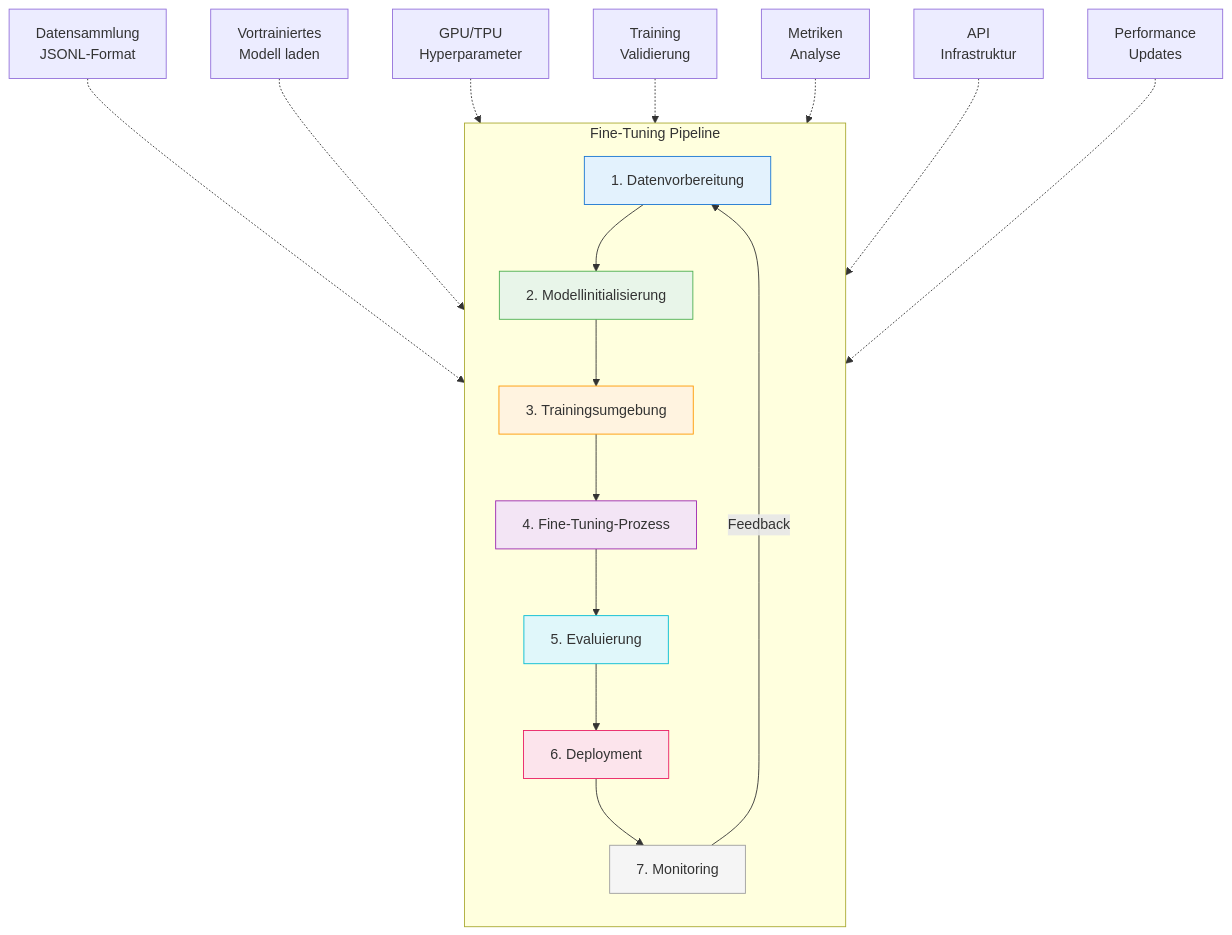
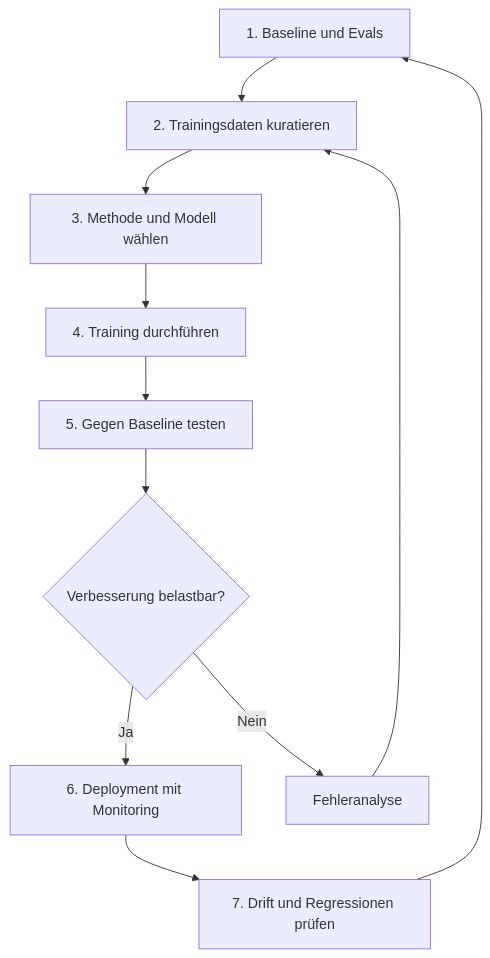
Before and after one commit to ralf-42/GenAI: the diagram in docs/concepts/entscheidungen-qualitaet/m18-fine-tuning.md, drawn with Mermaid. The commit also changed other lines of this file and 17 other files, not shown here.

````diff
--- a/docs/concepts/entscheidungen-qualitaet/m18-fine-tuning.md
+++ b/docs/concepts/entscheidungen-qualitaet/m18-fine-tuning.md
@@ -158,30 +100,13 @@
 ```mermaid
 flowchart TB
-    subgraph Pipeline["Fine-Tuning Pipeline"]
-        direction TB
-        A[1. Datenvorbereitung] --> B[2. Modellinitialisierung]
-        B --> C[3. Trainingsumgebung]
-        C --> D[4. Fine-Tuning-Prozess]
-        D --> E[5. Evaluierung]
-        E --> F[6. Deployment]
-        F --> G[7. Monitoring]
-    end
-
-    A1[Datensammlung<br>JSONL-Format] -.-> A
-    B1[Vortrainiertes<br>Modell laden] -.-> B
-    C1[GPU/TPU<br>Hyperparameter] -.-> C
-    D1[Training<br>Validierung] -.-> D
-    E1[Metriken<br>Analyse] -.-> E
-    F1[API<br>Infrastruktur] -.-> F
-    G1[Performance<br>Updates] -.-> G
-
-    G -->|Feedback| A
-
-    style A fill:#e3f2fd,stroke:#1976d2
-    style B fill:#e8f5e9,stroke:#4caf50
-    style C fill:#fff3e0,stroke:#ff9800
-    style D fill:#f3e5f5,stroke:#9c27b0
-    style E fill:#e0f7fa,stroke:#00bcd4
-    style F fill:#fce4ec,stroke:#e91e63
-    style G fill:#f5f5f5,stroke:#9e9e9e
+    A[1. Baseline und Evals] --> B[2. Trainingsdaten kuratieren]
+    B --> C[3. Methode und Modell wählen]
+    C --> D[4. Training durchführen]
+    D --> E[5. Gegen Baseline testen]
+    E --> F{Verbesserung belastbar?}
+    F -->|Ja| G[6. Deployment mit Monitoring]
+    F -->|Nein| H[Fehleranalyse]
+    H --> B
+    G --> I[7. Drift und Regressionen prüfen]
+    I --> A
 ```
````
